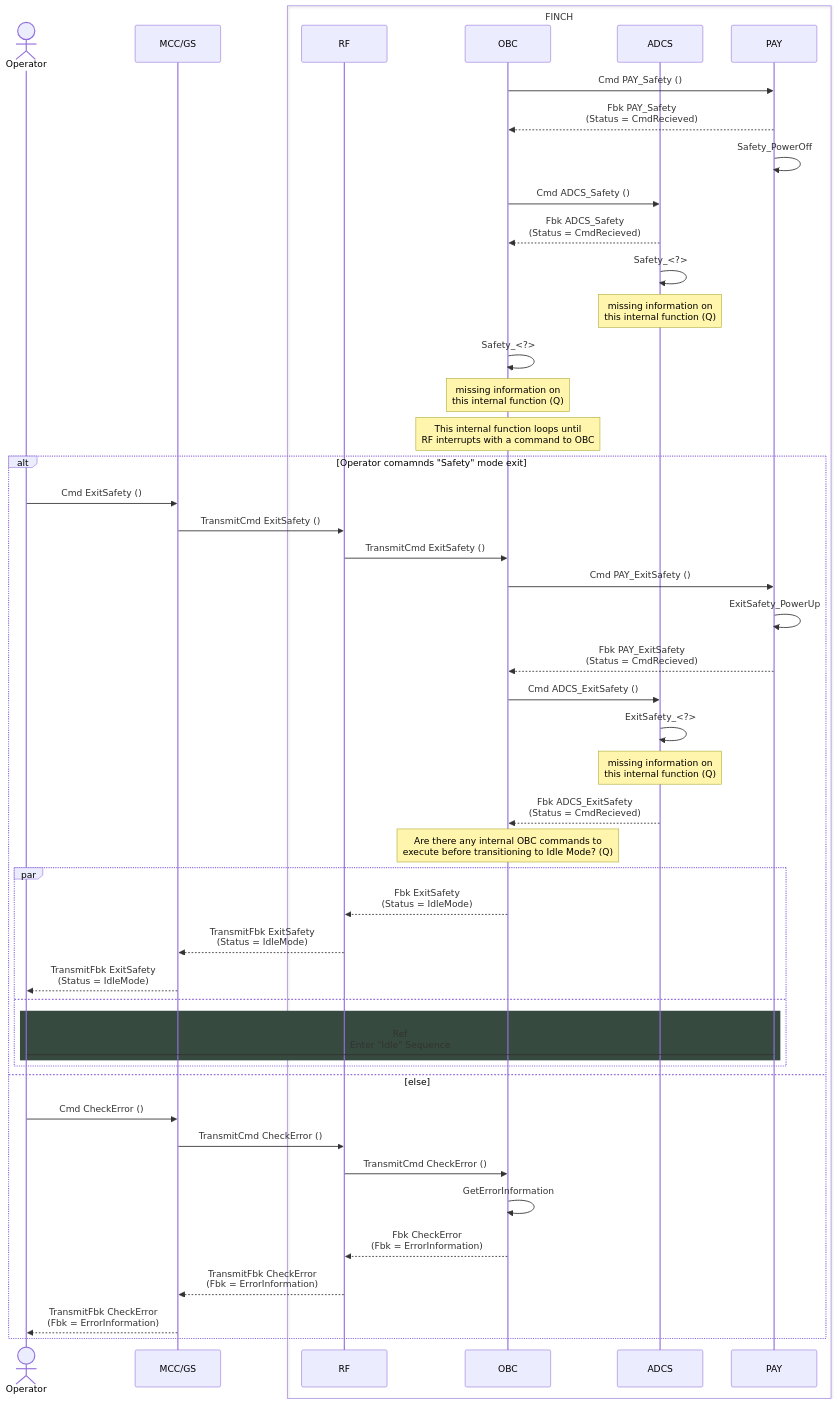
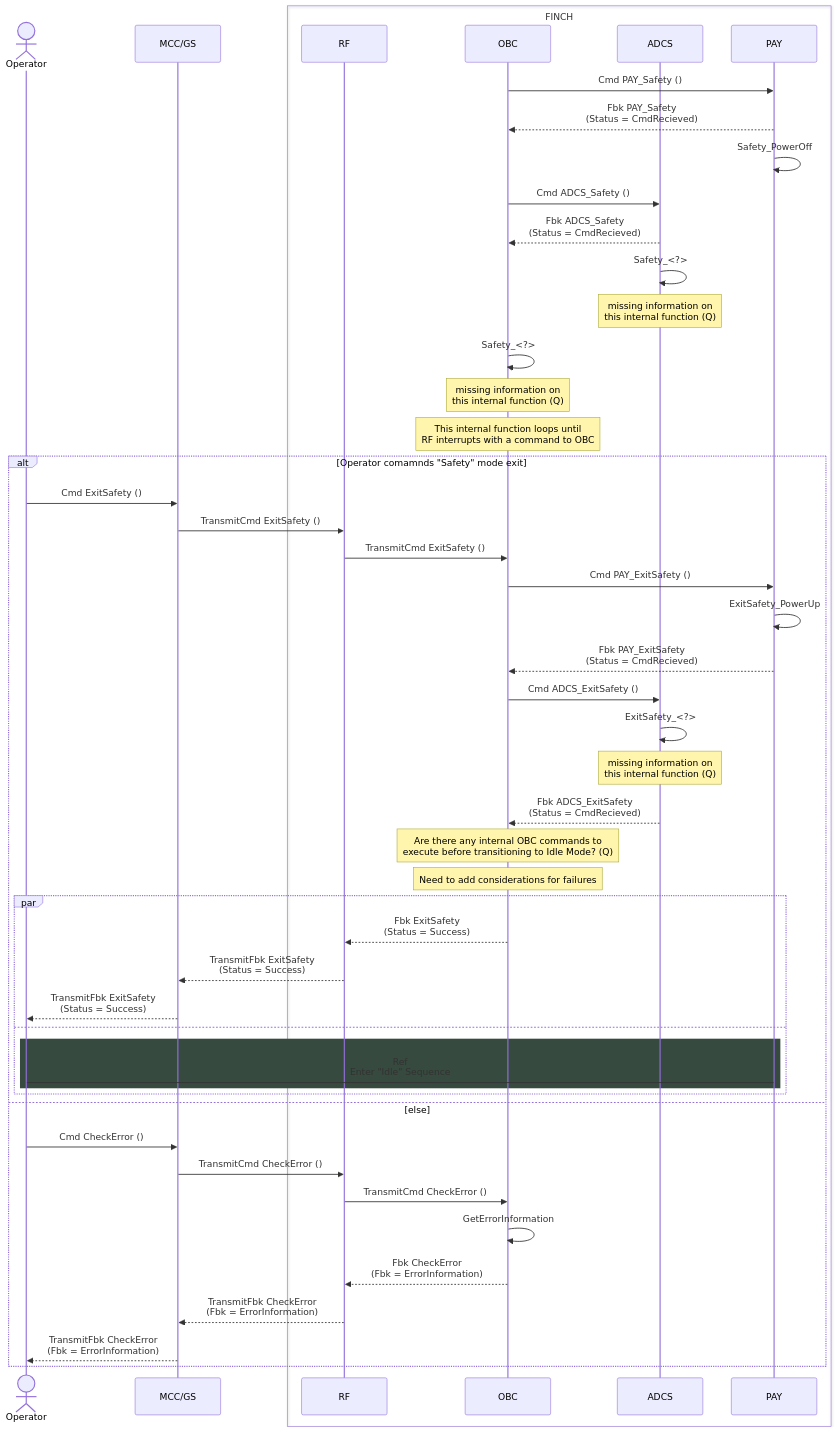
The diagram in command sequences/safety-command.md (Addy-lit/FINCH-system-architecture), drawn with Mermaid before and after one commit.

````diff
--- a/command sequences/safety-command.md
+++ b/command sequences/safety-command.md
@@ -2,61 +2,62 @@
 ```mermaid
 sequenceDiagram
     Actor Operator
     participant MCC/GS
     box FINCH
 	participant RF
     participant OBC
     participant ADCS
     participant PAY
 	end
 
     OBC ->> PAY: Cmd PAY_Safety ()
     PAY -->> OBC: Fbk PAY_Safety <br> (Status = CmdRecieved)
     PAY ->> PAY: Safety_PowerOff
   
     OBC ->> ADCS: Cmd ADCS_Safety ()
     ADCS -->> OBC: Fbk ADCS_Safety <br> (Status = CmdRecieved)
     ADCS ->> ADCS: Safety_<?>
     note over ADCS: missing information on <br> this internal function (Q)
 
 
     OBC ->> OBC: Safety_<?>
     note over OBC: missing information on <br> this internal function (Q)
     note over OBC: This internal function loops until <br> RF interrupts with a command to OBC
 	
 	
 	alt Operator comamnds "Safety" mode exit
         Operator ->> MCC/GS: Cmd ExitSafety ()
 	MCC/GS ->> RF: TransmitCmd ExitSafety ()
 	RF ->> OBC: TransmitCmd ExitSafety ()
 
         OBC ->> PAY: Cmd PAY_ExitSafety ()
         PAY ->> PAY: ExitSafety_PowerUp
         PAY -->> OBC: Fbk PAY_ExitSafety <br> (Status = CmdRecieved)
   
         OBC ->> ADCS: Cmd ADCS_ExitSafety ()
         ADCS ->> ADCS: ExitSafety_<?>
         note over ADCS: missing information on <br> this internal function (Q)
         ADCS -->> OBC: Fbk ADCS_ExitSafety <br> (Status = CmdRecieved)
 
 		note over OBC: Are there any internal OBC commands to <br> execute before transitioning to Idle Mode? (Q)
-		
+		note over OBC: Need to add considerations for failures
+
 		par
-			OBC -->> RF: Fbk ExitSafety <br> (Status = IdleMode)
-			RF -->> MCC/GS: TransmitFbk ExitSafety <br> (Status = IdleMode)
-			MCC/GS -->> Operator: TransmitFbk ExitSafety <br> (Status = IdleMode)
+			OBC -->> RF: Fbk ExitSafety <br> (Status = Success)
+			RF -->> MCC/GS: TransmitFbk ExitSafety <br> (Status = Success)
+			MCC/GS -->> Operator: TransmitFbk ExitSafety <br> (Status = Success)
 		and
 			rect rgb(54,74,63)
 				Operator -> PAY: Ref <br/> Enter "Idle" Sequence
 			end
 		end
 	else else
 		Operator ->> MCC/GS: Cmd CheckError ()
 		MCC/GS ->> RF: TransmitCmd CheckError ()
 		RF ->> OBC: TransmitCmd CheckError ()
 		OBC ->> OBC: GetErrorInformation
 		OBC -->> RF: Fbk CheckError <br> (Fbk = ErrorInformation)
 		RF -->> MCC/GS: TransmitFbk CheckError <br> (Fbk = ErrorInformation)
 		MCC/GS -->> Operator: TransmitFbk CheckError <br> (Fbk = ErrorInformation)
 	end
 ```
````
